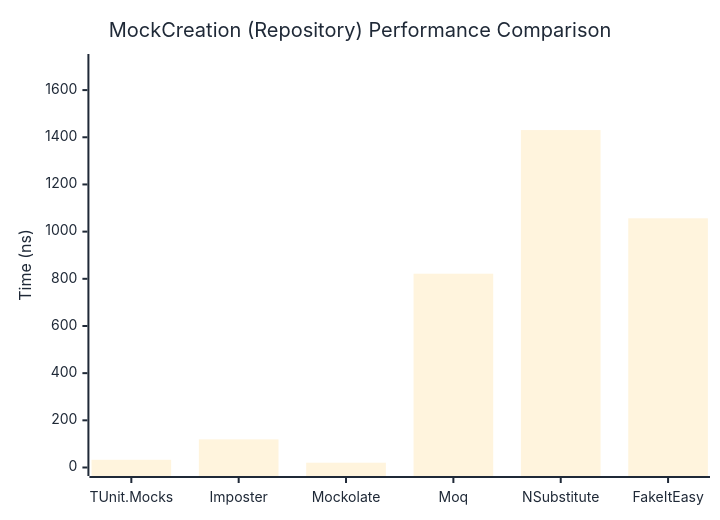
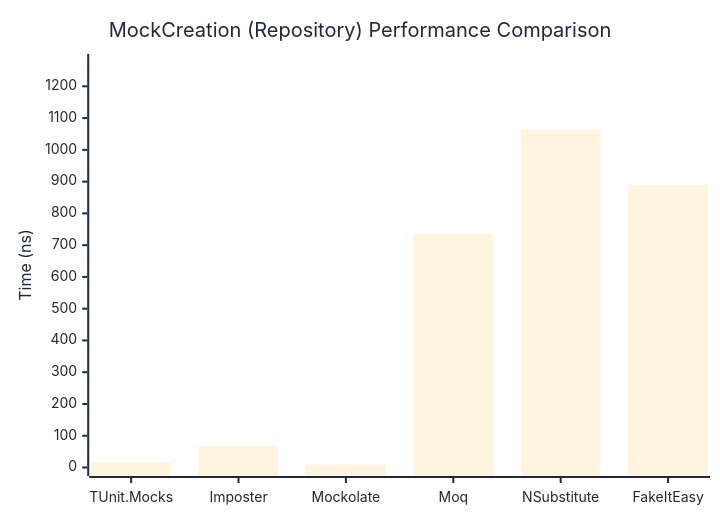
Before and after one commit to thomhurst/TUnit: the second of 2 diagrams in docs/docs/benchmarks/mocks/MockCreation.md, drawn with Mermaid. The commit also changed other lines of this file and 14 other files, not shown here.

````diff
--- a/docs/docs/benchmarks/mocks/MockCreation.md
+++ b/docs/docs/benchmarks/mocks/MockCreation.md
@@ -71,27 +71,27 @@
 ```mermaid
 %%{init: {
   'theme':'base',
   'themeVariables': {
     'primaryColor': '#2563eb',
     'primaryTextColor': '#1f2937',
     'primaryBorderColor': '#1e40af',
     'lineColor': '#6b7280',
     'secondaryColor': '#7c3aed',
     'tertiaryColor': '#dc2626',
     'background': '#ffffff',
     'pie1': '#2563eb',
     'pie2': '#7c3aed',
     'pie3': '#dc2626',
     'pie4': '#f59e0b',
     'pie5': '#10b981',
     'pie6': '#06b6d4',
     'pie7': '#ec4899',
     'pie8': '#6366f1'
   }
 }}%%
 xychart-beta
   title "MockCreation (Repository) Performance Comparison"
   x-axis ["TUnit.Mocks", "Imposter", "Mockolate", "Moq", "NSubstitute", "FakeItEasy"]
-  y-axis "Time (ns)" 0 --> 1717
-  bar [32.69, 119.33, 20.36, 821.66, 1430.57, 1056.41]
+  y-axis "Time (ns)" 0 --> 1275
+  bar [16.803, 67.512, 9.571, 736.449, 1062.061, 889.6]
 ```
````
